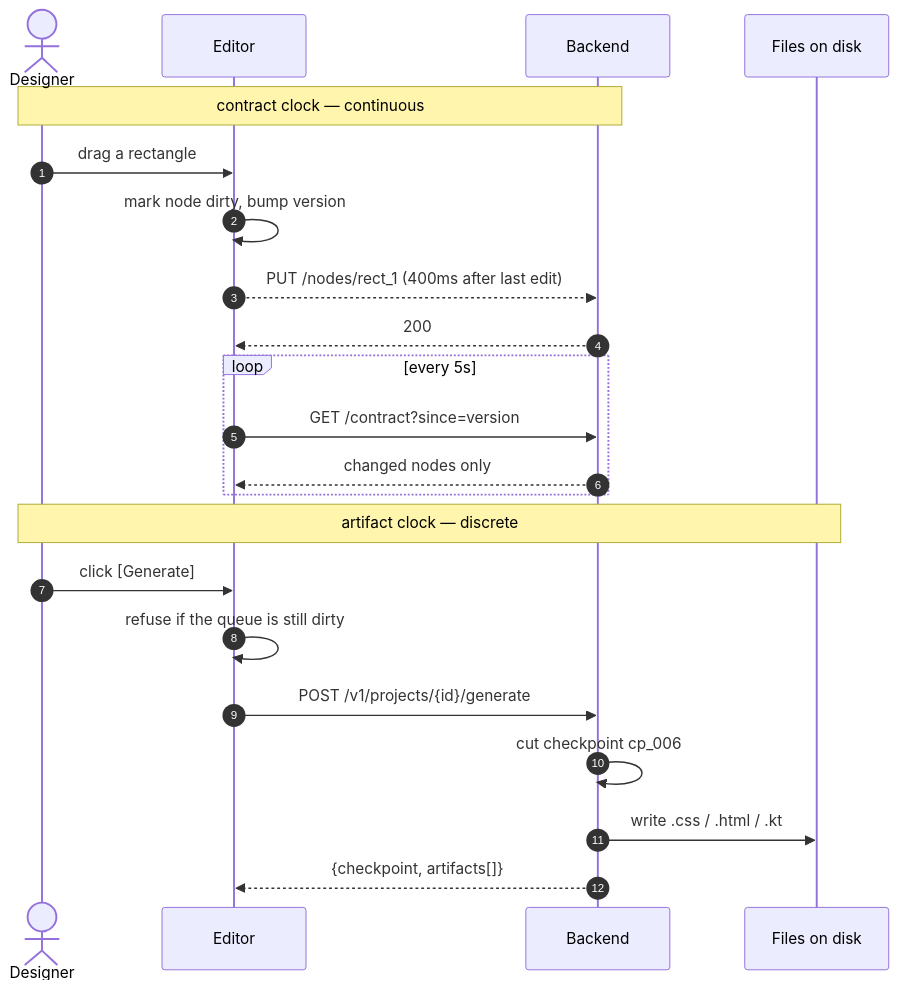
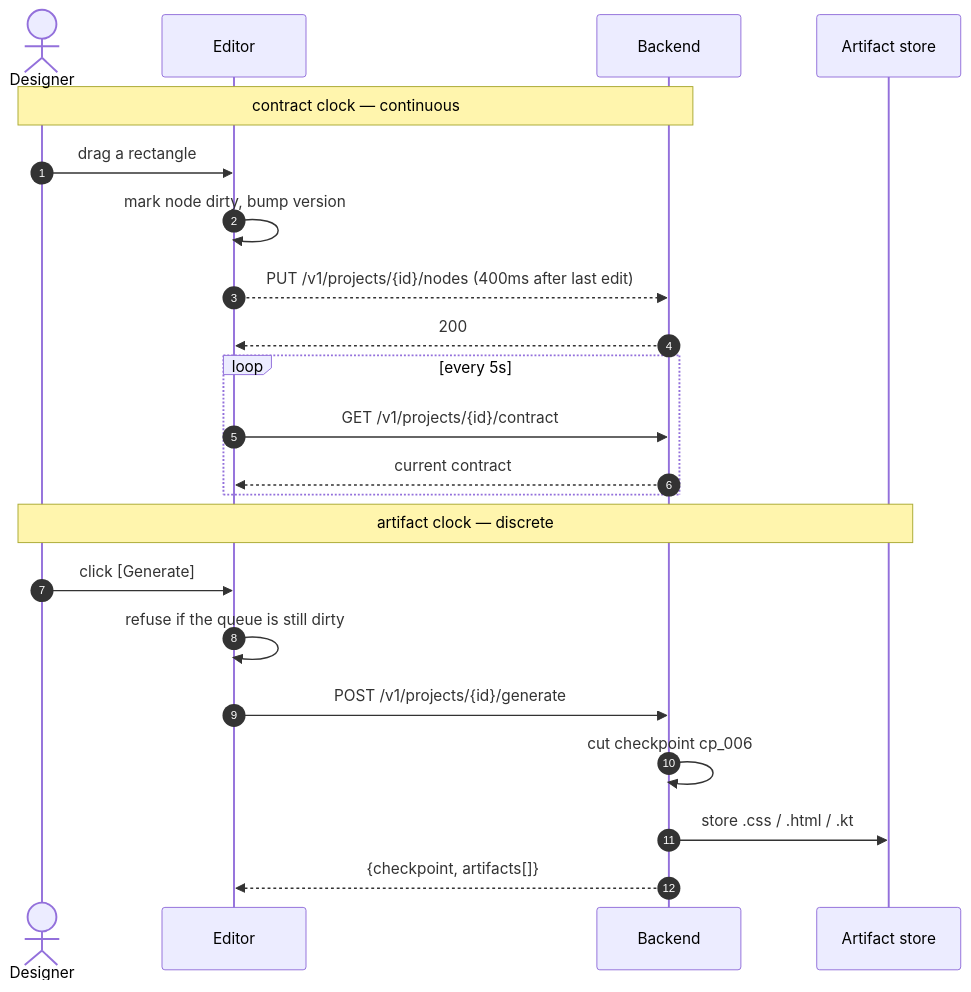
Before and after one commit to JuneKim0007/IKK: the second of 2 diagrams in README.md, drawn with Mermaid. The commit also changed other lines of this file and 99 other files, not shown here.

````diff
--- a/README.md
+++ b/README.md
@@ -107,26 +109,26 @@
 ```mermaid
 sequenceDiagram
     autonumber
     actor D as Designer
     participant E as Editor
     participant B as Backend
-    participant F as Files on disk
+    participant A as Artifact store
 
     Note over D,B: contract clock — continuous
     D->>E: drag a rectangle
     E->>E: mark node dirty, bump version
-    E-->>B: PUT /nodes/rect_1 (400ms after last edit)
+    E-->>B: PUT /v1/projects/{id}/nodes (400ms after last edit)
     B-->>E: 200
     loop every 5s
-        E->>B: GET /contract?since=version
-        B-->>E: changed nodes only
+        E->>B: GET /v1/projects/{id}/contract
+        B-->>E: current contract
     end
 
-    Note over D,F: artifact clock — discrete
+    Note over D,A: artifact clock — discrete
     D->>E: click [Generate]
     E->>E: refuse if the queue is still dirty
     E->>B: POST /v1/projects/{id}/generate
     B->>B: cut checkpoint cp_006
-    B->>F: write .css / .html / .kt
+    B->>A: store .css / .html / .kt
     B-->>E: {checkpoint, artifacts[]}
 ```
````
